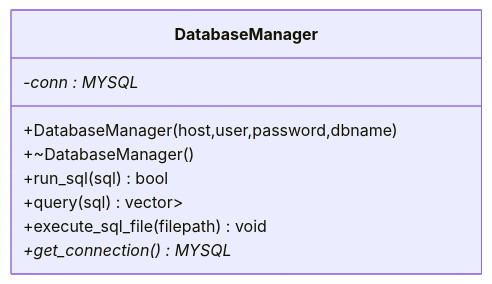
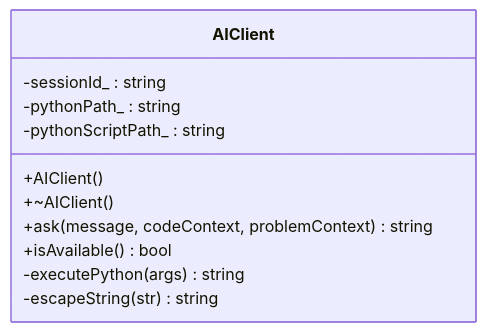
Before and after one commit to jinpeng900/OJ-Test: the eighth of 9 diagrams in .qoder/repowiki/zh/content/系统架构设计/整体架构概览.md, drawn with Mermaid. The commit also changed other lines of this file and 65 other files, not shown here.

````diff
--- a/.qoder/repowiki/zh/content/系统架构设计/整体架构概览.md
+++ b/.qoder/repowiki/zh/content/系统架构设计/整体架构概览.md
@@ -379,12 +356,14 @@
 ```mermaid
 classDiagram
-class DatabaseManager {
-+DatabaseManager(host,user,password,dbname)
-+~DatabaseManager()
-+run_sql(sql) bool
-+query(sql) vector<map<string,string>>
-+execute_sql_file(filepath) void
-+get_connection() MYSQL*
--conn : MYSQL*
+class AIClient {
+-sessionId_ : string
+-pythonPath_ : string
+-pythonScriptPath_ : string
++AIClient()
++~AIClient()
++ask(message, codeContext, problemContext) string
++isAvailable() bool
+-executePython(args) string
+-escapeString(str) string
 }
 ```
````
